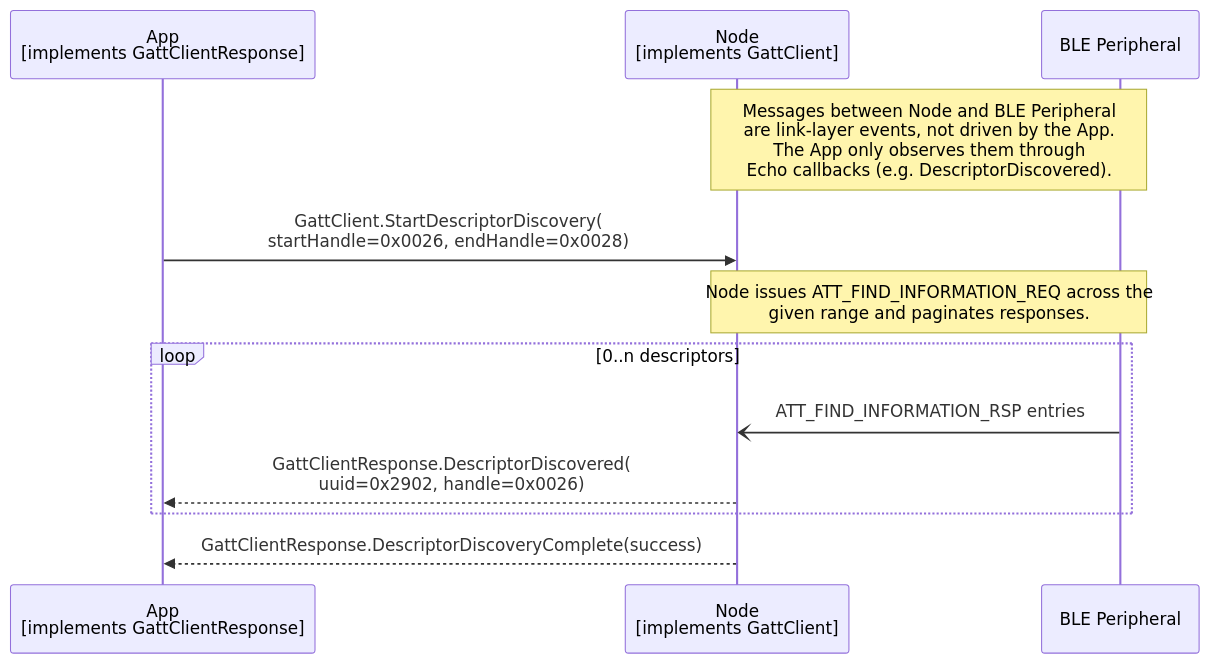
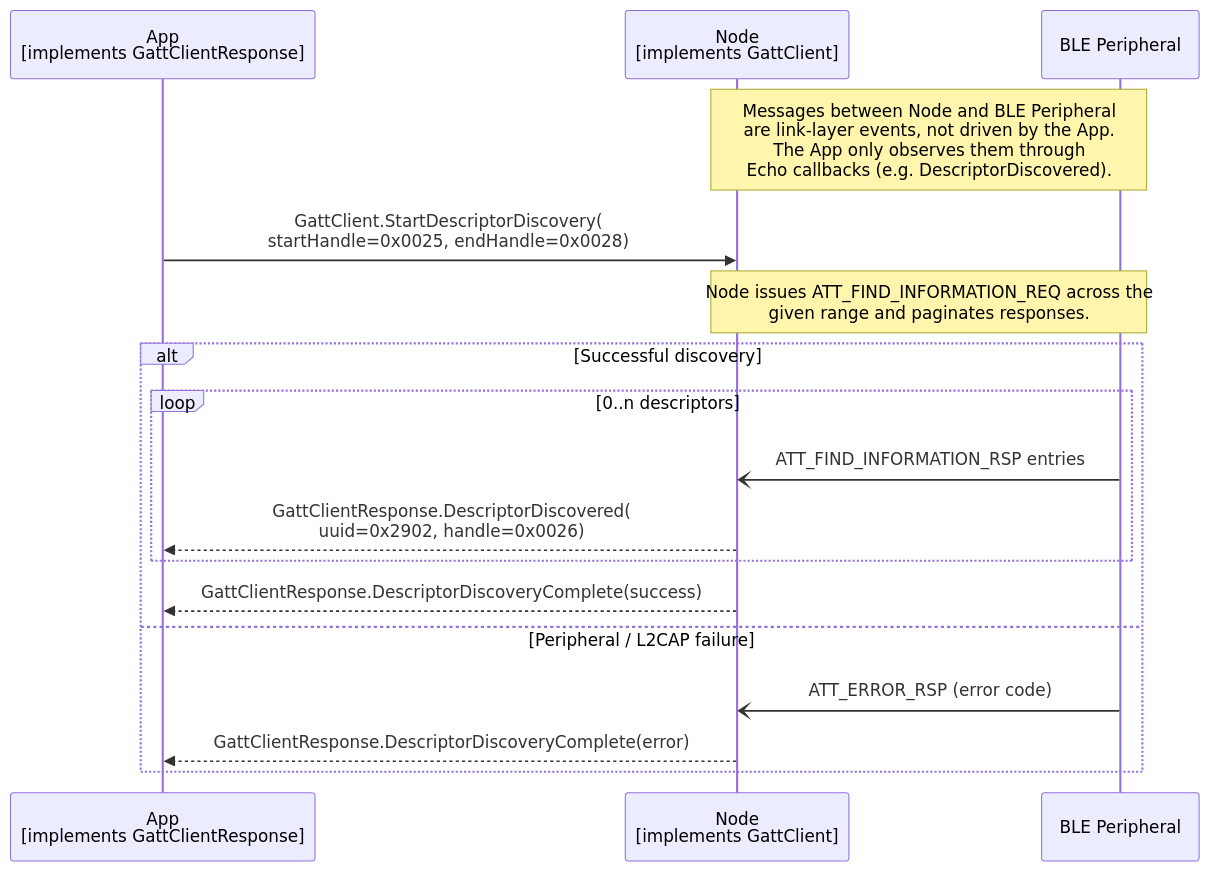
Before and after one commit to philips-software/amp-embedded-infra-lib: the diagram in documents/modules/ROOT/partials/echoservices/gatt_client/GattClient_StartDescriptorDiscovery_sequence.mmd, drawn with Mermaid. The commit also changed 14 other files, not shown here.

```diff
--- a/documents/modules/ROOT/partials/echoservices/gatt_client/GattClient_StartDescriptorDiscovery_sequence.mmd
+++ b/documents/modules/ROOT/partials/echoservices/gatt_client/GattClient_StartDescriptorDiscovery_sequence.mmd
@@ -1,14 +1,20 @@
 sequenceDiagram
     participant App as App<br>[implements GattClientResponse]
     participant Node as Node<br>[implements GattClient]
     participant Peripheral as BLE Peripheral
 
     Note over Node, Peripheral: Messages between Node and BLE Peripheral<br>are link-layer events, not driven by the App.<br>The App only observes them through<br>Echo callbacks (e.g. DescriptorDiscovered).
 
-    App->>Node: GattClient.StartDescriptorDiscovery(<br>startHandle=0x0026, endHandle=0x0028)
+    App->>Node: GattClient.StartDescriptorDiscovery(<br>startHandle=0x0025, endHandle=0x0028)
     Note over Node, Peripheral: Node issues ATT_FIND_INFORMATION_REQ across the<br>given range and paginates responses.
-    loop 0..n descriptors
-        Peripheral-)Node: ATT_FIND_INFORMATION_RSP entries
-        Node-->>App: GattClientResponse.DescriptorDiscovered(<br>uuid=0x2902, handle=0x0026)
+
+    alt Successful discovery
+        loop 0..n descriptors
+            Peripheral-)Node: ATT_FIND_INFORMATION_RSP entries
+            Node-->>App: GattClientResponse.DescriptorDiscovered(<br>uuid=0x2902, handle=0x0026)
+        end
+        Node-->>App: GattClientResponse.DescriptorDiscoveryComplete(success)
+    else Peripheral / L2CAP failure
+        Peripheral-)Node: ATT_ERROR_RSP (error code)
+        Node-->>App: GattClientResponse.DescriptorDiscoveryComplete(error)
     end
-    Node-->>App: GattClientResponse.DescriptorDiscoveryComplete(success)
```
